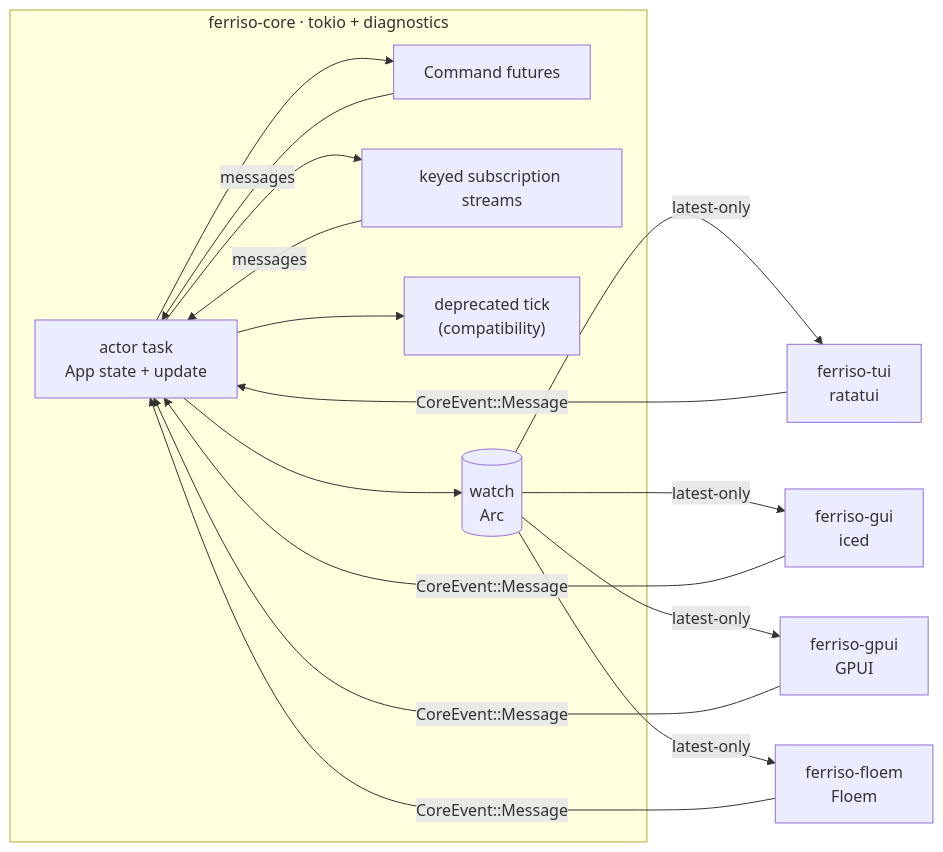
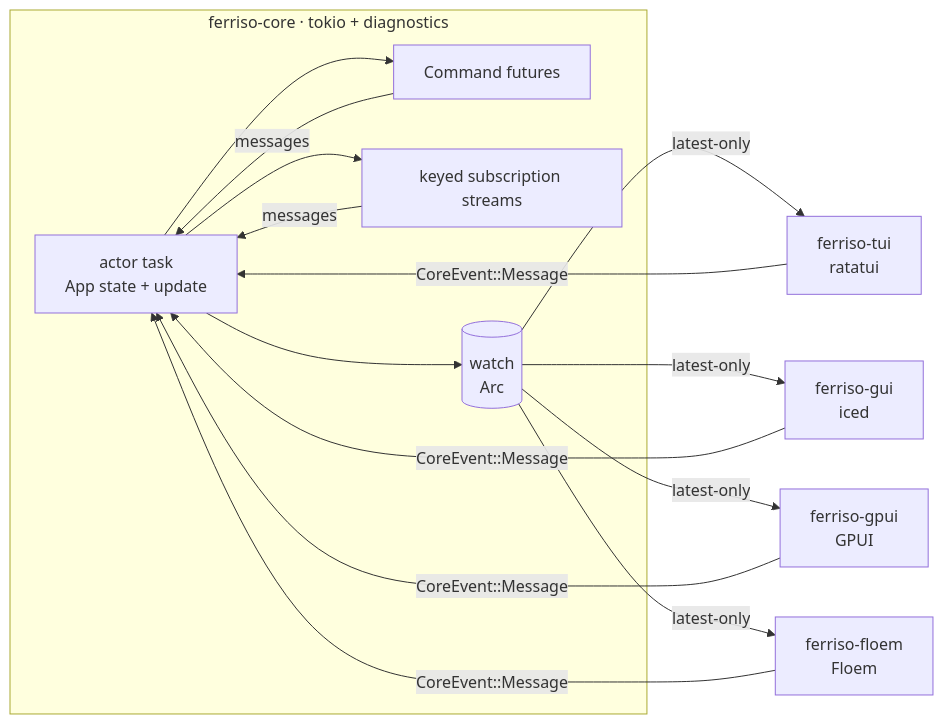
Before and after one commit to GBLMX/Ferriso: the diagram in README.md, drawn with Mermaid. The commit also changed other lines of this file and 7 other files, not shown here.

Commit message:
refactor(core): remove deprecated actor tick compatibility

````diff
--- a/README.md
+++ b/README.md
@@ -8,25 +8,23 @@
 ```mermaid
 flowchart LR
     subgraph Core["ferriso-core · tokio + diagnostics"]
         Actor["actor task\nApp state + update"]
         Commands["Command futures"]
         Subscriptions["keyed subscription streams"]
-        Timer["deprecated tick\n(compatibility)"]
         Snapshot[("watch\nArc<View>")]
     end
 
     TUI["ferriso-tui\nratatui"] -- "CoreEvent::Message" --> Actor
     GUI["ferriso-gui\niced"] -- "CoreEvent::Message" --> Actor
     GPUI["ferriso-gpui\nGPUI"] -- "CoreEvent::Message" --> Actor
     FLOEM["ferriso-floem\nFloem"] -- "CoreEvent::Message" --> Actor
     Actor --> Commands
     Actor --> Subscriptions
-    Actor --> Timer
     Actor --> Snapshot
     Snapshot -- "latest-only" --> TUI
     Snapshot -- "latest-only" --> GUI
     Snapshot -- "latest-only" --> GPUI
     Snapshot -- "latest-only" --> FLOEM
     Commands -- "messages" --> Actor
     Subscriptions -- "messages" --> Actor
 ```
````
